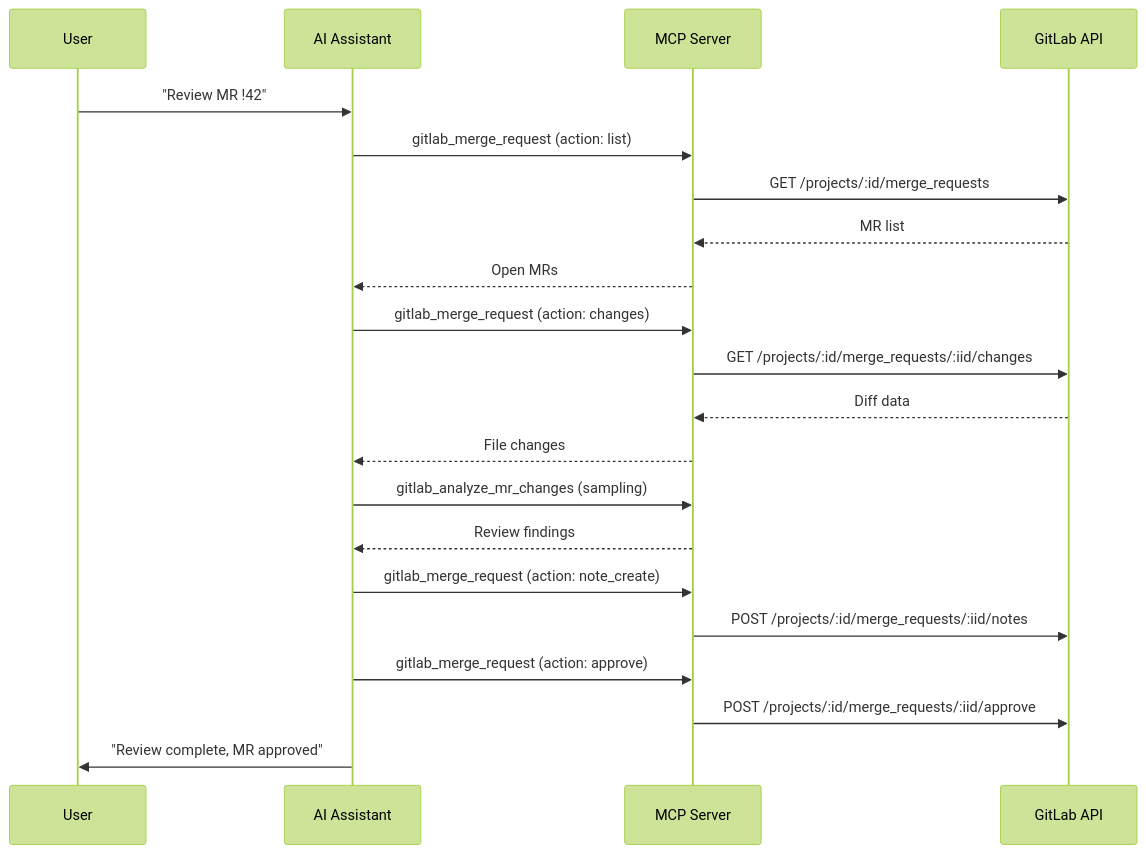
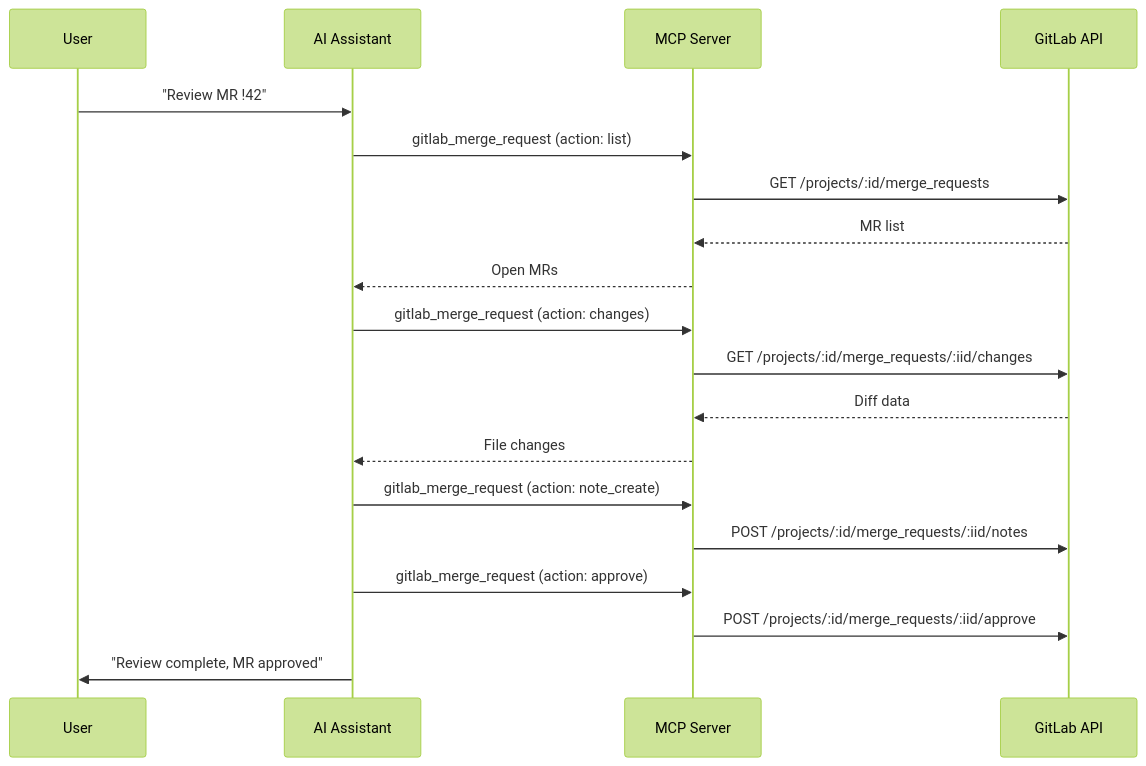
The diagram in site/src/content/docs/examples/code-review-workflows.mdx (jmrplens/gitlab-mcp-server), drawn with Mermaid (forest theme) before and after one commit. The commit also changed other lines of this file and 198 other files, not shown here.

````diff
--- a/site/src/content/docs/examples/code-review-workflows.mdx
+++ b/site/src/content/docs/examples/code-review-workflows.mdx
@@ -30,24 +30,22 @@
 ```mermaid
 sequenceDiagram
     participant U as User
     participant AI as AI Assistant
     participant MCP as MCP Server
     participant GL as GitLab API
 
     U->>AI: "Review MR !42"
     AI->>MCP: gitlab_merge_request (action: list)
     MCP->>GL: GET /projects/:id/merge_requests
     GL-->>MCP: MR list
     MCP-->>AI: Open MRs
     AI->>MCP: gitlab_merge_request (action: changes)
     MCP->>GL: GET /projects/:id/merge_requests/:iid/changes
     GL-->>MCP: Diff data
     MCP-->>AI: File changes
-    AI->>MCP: gitlab_analyze_mr_changes (sampling)
-    MCP-->>AI: Review findings
     AI->>MCP: gitlab_merge_request (action: note_create)
     MCP->>GL: POST /projects/:id/merge_requests/:iid/notes
     AI->>MCP: gitlab_merge_request (action: approve)
     MCP->>GL: POST /projects/:id/merge_requests/:iid/approve
     AI->>U: "Review complete, MR approved"
 ```
````
